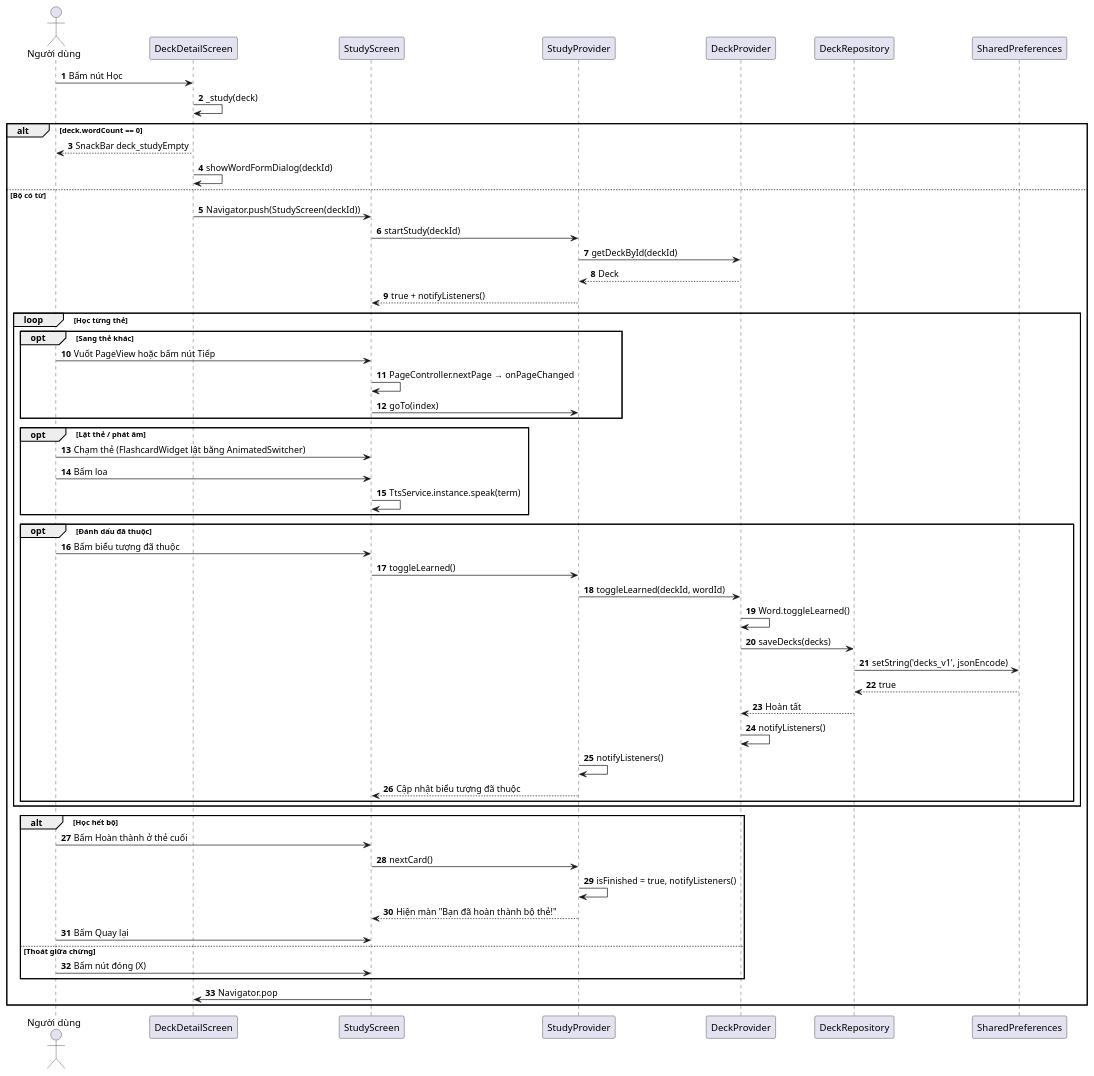
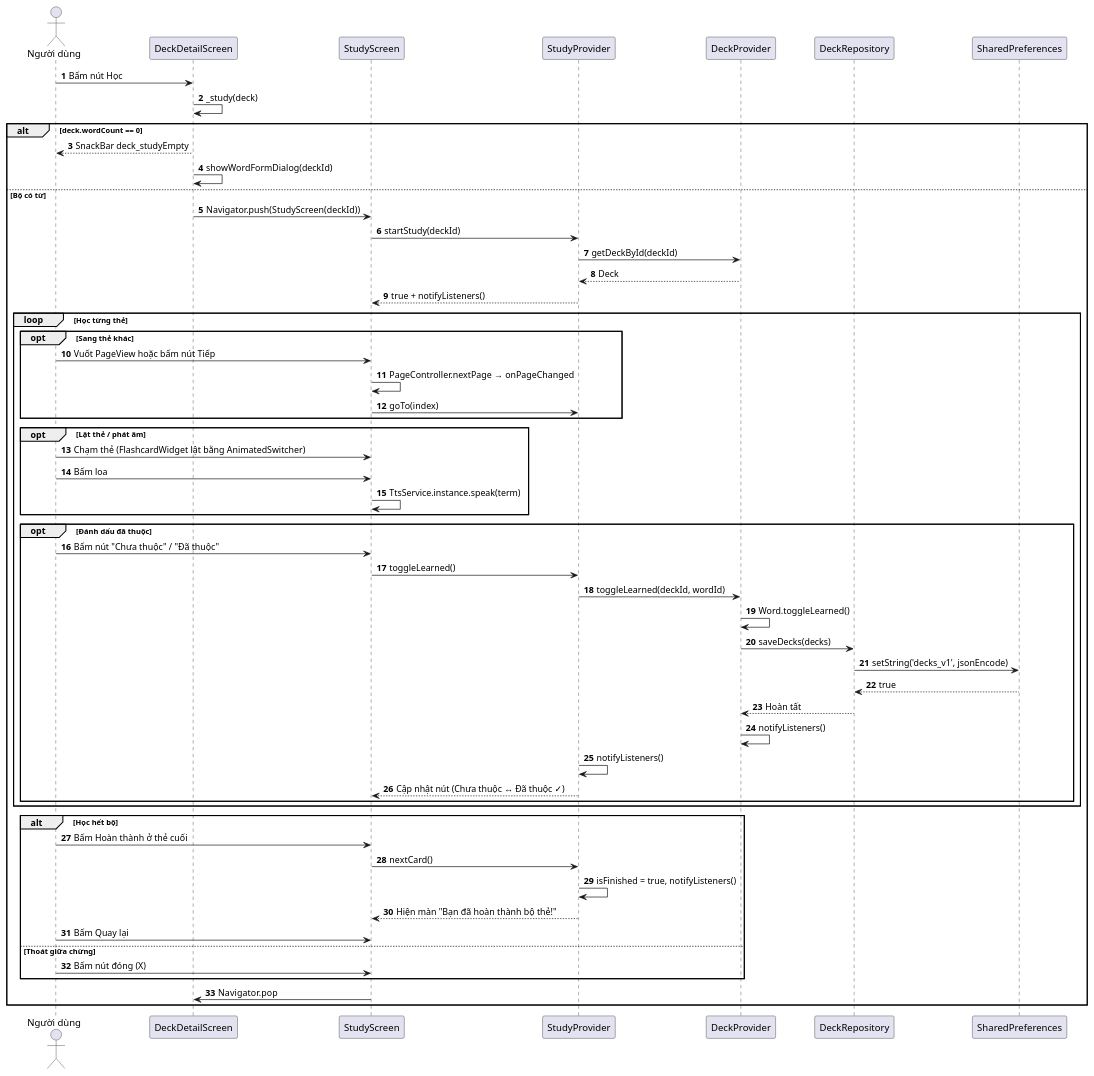
Before and after one commit to hoang-adu/2026_2027_1_1_LTTBDD_N01_Nhom_2: the diagram in docs/sequence_study_flashcard.puml, drawn with PlantUML. The commit also changed 7 other files, not shown here.

First line of the commit message:
fix(study): mặt sau thẻ có phiên âm; nút Đã thuộc/Chưa thuộc có chữ; bỏ nút X trùng

```diff
--- a/docs/sequence_study_flashcard.puml
+++ b/docs/sequence_study_flashcard.puml
@@ -1,59 +1,59 @@
 @startuml
 autonumber
 actor "Người dùng" as User
 participant "DeckDetailScreen" as Detail
 participant "StudyScreen" as UI
 participant "StudyProvider" as Study
 participant "DeckProvider" as DeckProvider
 participant "DeckRepository" as Repo
 participant "SharedPreferences" as Prefs
 
 User -> Detail: Bấm nút Học
 Detail -> Detail: _study(deck)
 alt deck.wordCount == 0
     Detail --> User: SnackBar deck_studyEmpty
     Detail -> Detail: showWordFormDialog(deckId)
 else Bộ có từ
     Detail -> UI: Navigator.push(StudyScreen(deckId))
     UI -> Study: startStudy(deckId)
     Study -> DeckProvider: getDeckById(deckId)
     DeckProvider --> Study: Deck
     Study --> UI: true + notifyListeners()
 
     loop Học từng thẻ
         opt Sang thẻ khác
             User -> UI: Vuốt PageView hoặc bấm nút Tiếp
             UI -> UI: PageController.nextPage → onPageChanged
             UI -> Study: goTo(index)
         end
         opt Lật thẻ / phát âm
             User -> UI: Chạm thẻ (FlashcardWidget lật bằng AnimatedSwitcher)
             User -> UI: Bấm loa
             UI -> UI: TtsService.instance.speak(term)
         end
         opt Đánh dấu đã thuộc
-            User -> UI: Bấm biểu tượng đã thuộc
+            User -> UI: Bấm nút "Chưa thuộc" / "Đã thuộc"
             UI -> Study: toggleLearned()
             Study -> DeckProvider: toggleLearned(deckId, wordId)
             DeckProvider -> DeckProvider: Word.toggleLearned()
             DeckProvider -> Repo: saveDecks(decks)
             Repo -> Prefs: setString('decks_v1', jsonEncode)
             Prefs --> Repo: true
             Repo --> DeckProvider: Hoàn tất
             DeckProvider -> DeckProvider: notifyListeners()
             Study -> Study: notifyListeners()
-            Study --> UI: Cập nhật biểu tượng đã thuộc
+            Study --> UI: Cập nhật nút (Chưa thuộc ↔ Đã thuộc ✓)
         end
     end
     alt Học hết bộ
         User -> UI: Bấm Hoàn thành ở thẻ cuối
         UI -> Study: nextCard()
         Study -> Study: isFinished = true, notifyListeners()
         Study --> UI: Hiện màn "Bạn đã hoàn thành bộ thẻ!"
         User -> UI: Bấm Quay lại
     else Thoát giữa chừng
         User -> UI: Bấm nút đóng (X)
     end
     UI -> Detail: Navigator.pop
 end
 @enduml
```
